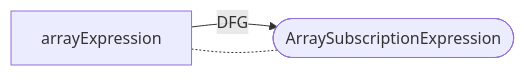
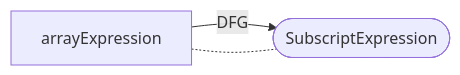
One commit to Fraunhofer-AISEC/cpg changed diagram 12 of 38 in docs/docs/CPG/specs/dfg.md. Above: the diagram before and after it, drawn with Mermaid. The commit also changed other lines of this file and 147 other files, not shown here.

````diff
--- a/docs/docs/CPG/specs/dfg.md
+++ b/docs/docs/CPG/specs/dfg.md
@@ -182,5 +182,5 @@
   ```mermaid
   flowchart LR
-    arrayExpression -- DFG --> node([ArraySubscriptionExpression]);
+    arrayExpression -- DFG --> node([SubscriptExpression]);
     arrayExpression -.- node;
   ```
````
